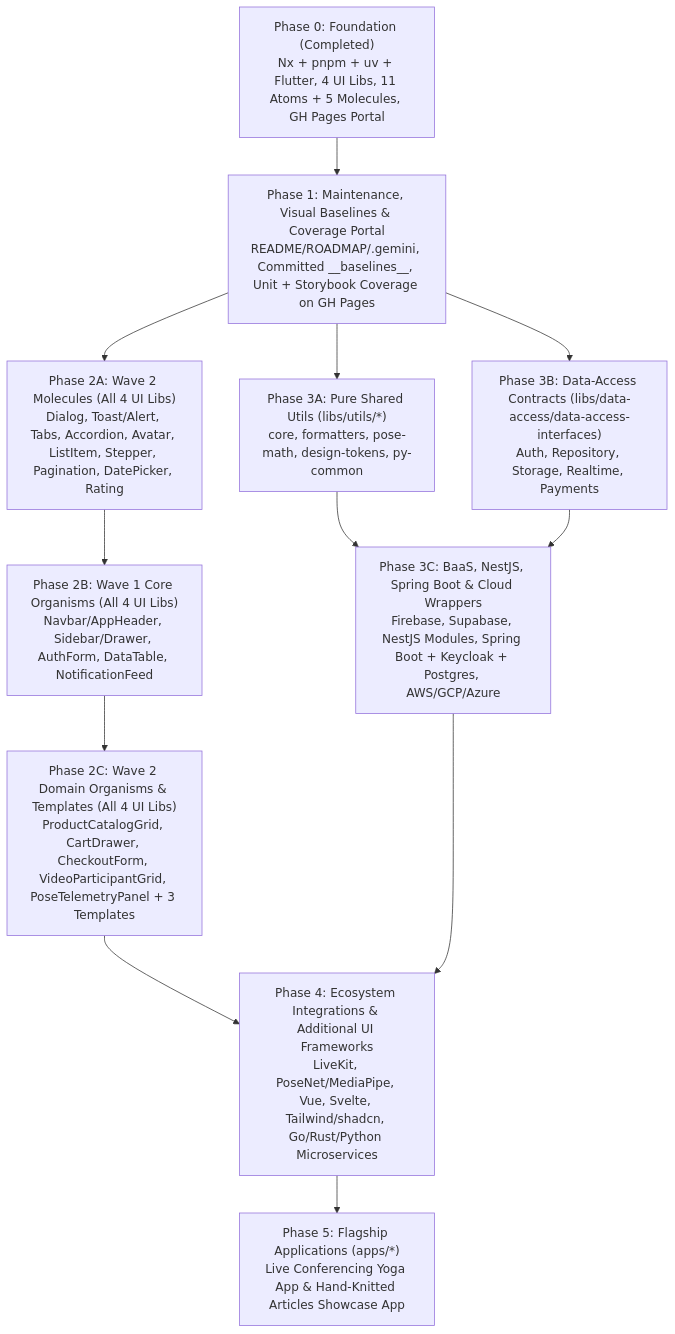
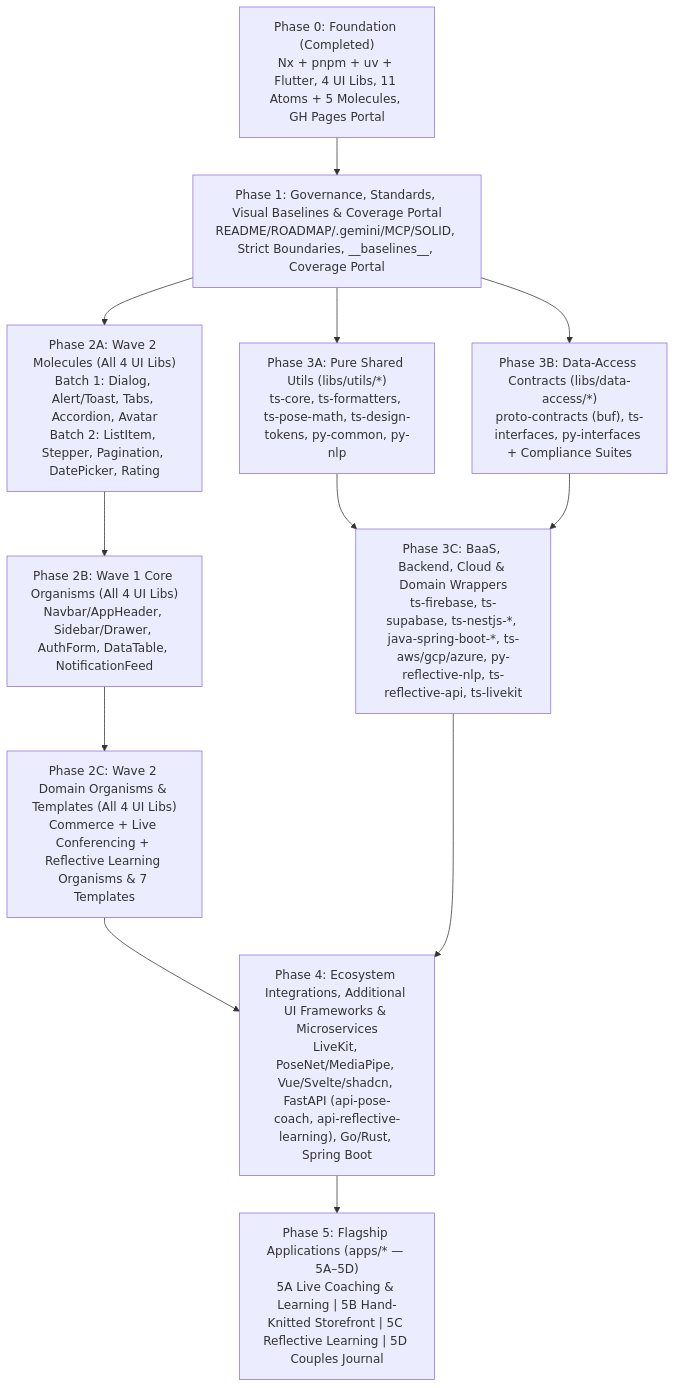
One commit to sukrutsathaye/mono-magic changed the first of 2 diagrams in ROADMAP.md. Above: the diagram before and after it, drawn with Mermaid. The commit also changed other lines of this file and 17 other files, not shown here.

Commit message:
feat(governance): Track A - MCP config, SOLID/python skills, Nx boundaries, workspace globs, roadmap & project docs

````diff
--- a/ROADMAP.md
+++ b/ROADMAP.md
@@ -26,25 +28,25 @@
 ```mermaid
 flowchart TD
   P0["Phase 0: Foundation (Completed)<br/>Nx + pnpm + uv + Flutter, 4 UI Libs, 11 Atoms + 5 Molecules, GH Pages Portal"]
-  P1["Phase 1: Maintenance, Visual Baselines & Coverage Portal<br/>README/ROADMAP/.gemini, Committed __baselines__, Unit + Storybook Coverage on GH Pages"]
-  P2M["Phase 2A: Wave 2 Molecules (All 4 UI Libs)<br/>Dialog, Toast/Alert, Tabs, Accordion, Avatar, ListItem, Stepper, Pagination, DatePicker, Rating"]
+  P1["Phase 1: Governance, Standards, Visual Baselines & Coverage Portal<br/>README/ROADMAP/.gemini/MCP/SOLID, Strict Boundaries, __baselines__, Coverage Portal"]
+  P2M["Phase 2A: Wave 2 Molecules (All 4 UI Libs)<br/>Batch 1: Dialog, Alert/Toast, Tabs, Accordion, Avatar<br/>Batch 2: ListItem, Stepper, Pagination, DatePicker, Rating"]
   P2O1["Phase 2B: Wave 1 Core Organisms (All 4 UI Libs)<br/>Navbar/AppHeader, Sidebar/Drawer, AuthForm, DataTable, NotificationFeed"]
-  P2O2["Phase 2C: Wave 2 Domain Organisms & Templates (All 4 UI Libs)<br/>ProductCatalogGrid, CartDrawer, CheckoutForm, VideoParticipantGrid, PoseTelemetryPanel + 3 Templates"]
-  P3U["Phase 3A: Pure Shared Utils (libs/utils/*)<br/>core, formatters, pose-math, design-tokens, py-common"]
-  P3C["Phase 3B: Data-Access Contracts (libs/data-access/data-access-interfaces)<br/>Auth, Repository, Storage, Realtime, Payments"]
-  P3B["Phase 3C: BaaS, NestJS, Spring Boot & Cloud Wrappers<br/>Firebase, Supabase, NestJS Modules, Spring Boot + Keycloak + Postgres, AWS/GCP/Azure"]
-  P4["Phase 4: Ecosystem Integrations & Additional UI Frameworks<br/>LiveKit, PoseNet/MediaPipe, Vue, Svelte, Tailwind/shadcn, Go/Rust/Python Microservices"]
-  P5["Phase 5: Flagship Applications (apps/*)<br/>Live Conferencing Yoga App & Hand-Knitted Articles Showcase App"]
+  P2O2["Phase 2C: Wave 2 Domain Organisms & Templates (All 4 UI Libs)<br/>Commerce + Live Conferencing + Reflective Learning Organisms & 7 Templates"]
+  P3U["Phase 3A: Pure Shared Utils (libs/utils/*)<br/>ts-core, ts-formatters, ts-pose-math, ts-design-tokens, py-common, py-nlp"]
+  P3C["Phase 3B: Data-Access Contracts (libs/data-access/*)<br/>proto-contracts (buf), ts-interfaces, py-interfaces + Compliance Suites"]
+  P3B["Phase 3C: BaaS, Backend, Cloud & Domain Wrappers<br/>ts-firebase, ts-supabase, ts-nestjs-*, java-spring-boot-*, ts-aws/gcp/azure, py-reflective-nlp, ts-reflective-api, ts-livekit"]
+  P4["Phase 4: Ecosystem Integrations, Additional UI Frameworks & Microservices<br/>LiveKit, PoseNet/MediaPipe, Vue/Svelte/shadcn, FastAPI (api-pose-coach, api-reflective-learning), Go/Rust, Spring Boot"]
+  P5["Phase 5: Flagship Applications (apps/* — 5A–5D)<br/>5A Live Coaching & Learning | 5B Hand-Knitted Storefront | 5C Reflective Learning | 5D Couples Journal"]
 
   P0 --> P1
   P1 --> P2M
   P2M --> P2O1
   P2O1 --> P2O2
   P1 --> P3U
   P1 --> P3C
   P3U --> P3B
   P3C --> P3B
   P2O2 --> P4
   P3B --> P4
   P4 --> P5
 ```
````
